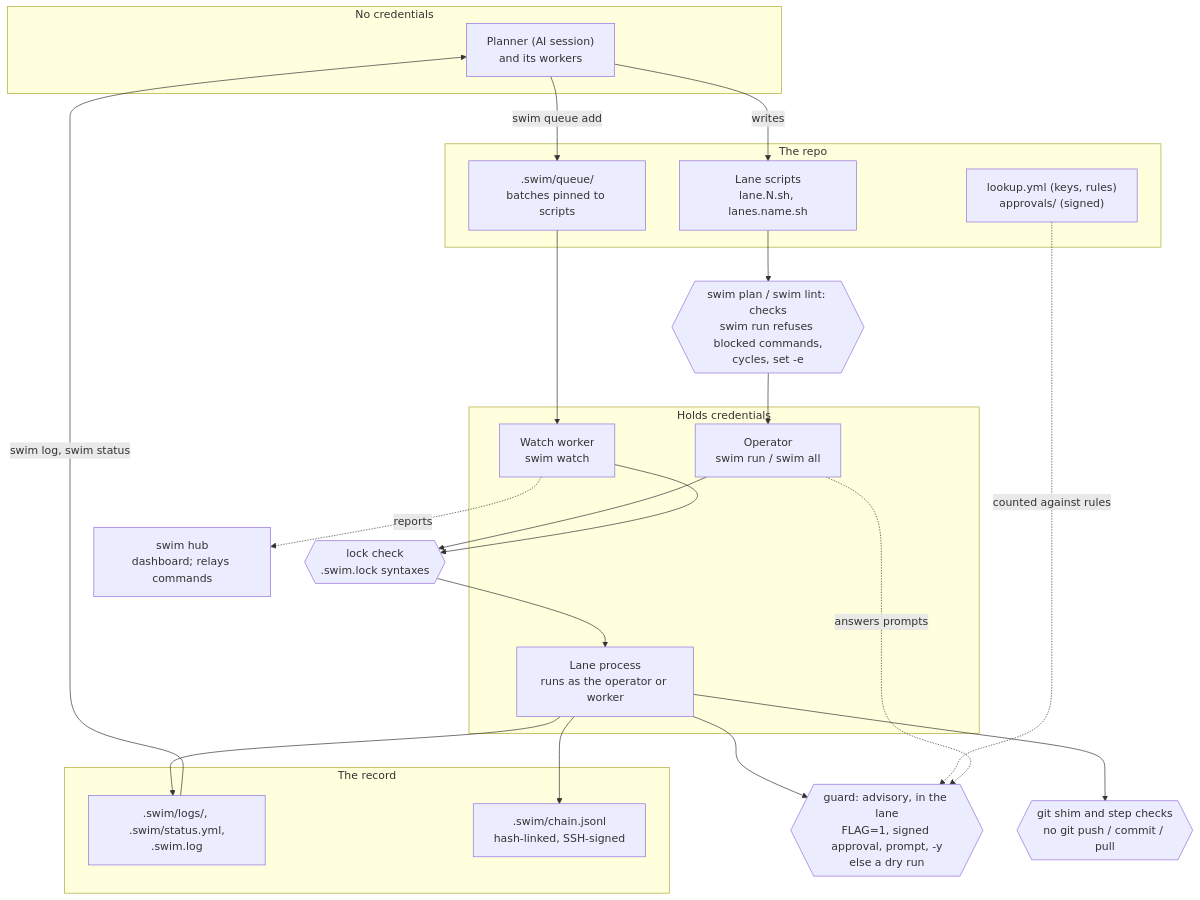
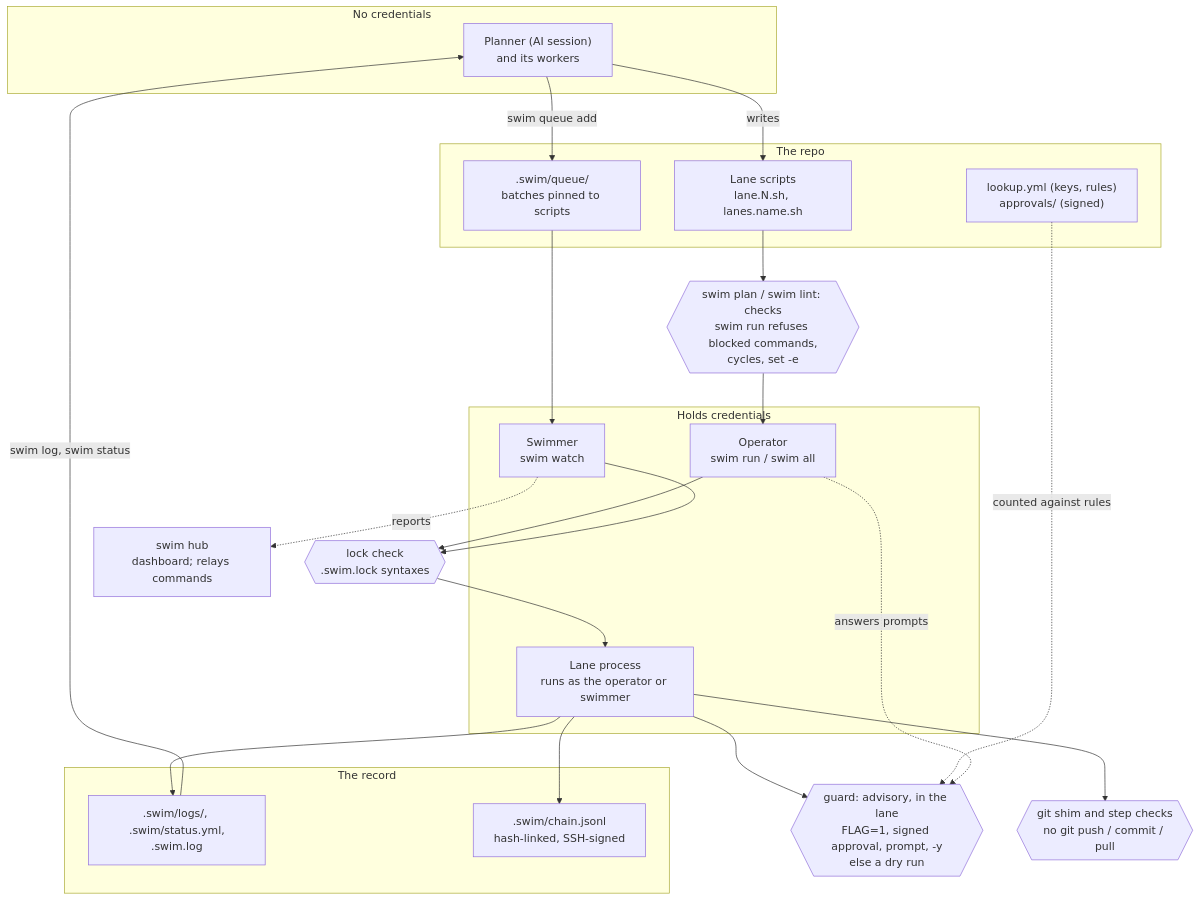
The diagram in README.md (gates-brightly/swimlane), drawn with Mermaid before and after one commit. The commit also changed other lines of this file and 19 other files, not shown here.

First line of the commit message:
Task names in After:/Finally:; say swimmer for the process in the docs

````diff
--- a/README.md
+++ b/README.md
@@ -199,38 +199,38 @@
 ```mermaid
 flowchart TD
   subgraph nocreds["No credentials"]
     P["Planner (AI session)<br/>and its workers"]
   end
   subgraph repo["The repo"]
     L["Lane scripts<br/>lane.N.sh, lanes.name.sh"]
     K["lookup.yml (keys, rules)<br/>approvals/ (signed)"]
     Q[".swim/queue/<br/>batches pinned to scripts"]
   end
   subgraph creds["Holds credentials"]
     O["Operator<br/>swim run / swim all"]
-    W["Watch worker<br/>swim watch"]
-    X["Lane process<br/>runs as the operator or worker"]
+    W["Swimmer<br/>swim watch"]
+    X["Lane process<br/>runs as the operator or swimmer"]
   end
   subgraph record["The record"]
     S[".swim/logs/, .swim/status.yml,<br/>.swim.log"]
     C[".swim/chain.jsonl<br/>hash-linked, SSH-signed"]
   end
   H["swim hub<br/>dashboard; relays commands"]
 
   P -->|writes| L
   P -->|swim queue add| Q
   L --> PL{{"swim plan / swim lint: checks<br/>swim run refuses blocked commands,<br/>cycles, set -e"}}
   PL --> O
   Q --> W
   O --> LK{{"lock check<br/>.swim.lock syntaxes"}}
   W --> LK
   LK --> X
   X --> G{{"guard: advisory, in the lane<br/>FLAG=1, signed approval, prompt, -y<br/>else a dry run"}}
   K -.->|counted against rules| G
   O -.->|answers prompts| G
   X --> SH{{"git shim and step checks<br/>no git push / commit / pull"}}
   X --> S
   X --> C
   S -->|swim log, swim status| P
   W -.->|reports| H
 ```
````
